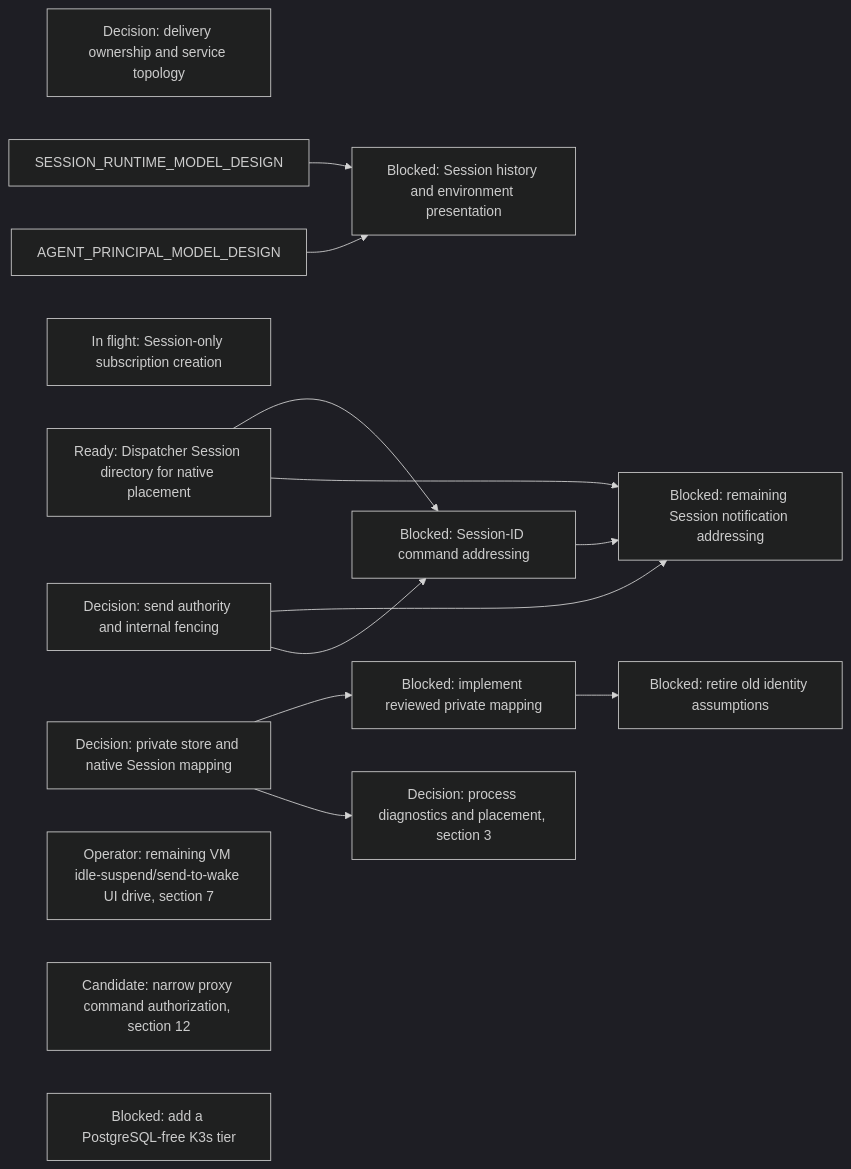
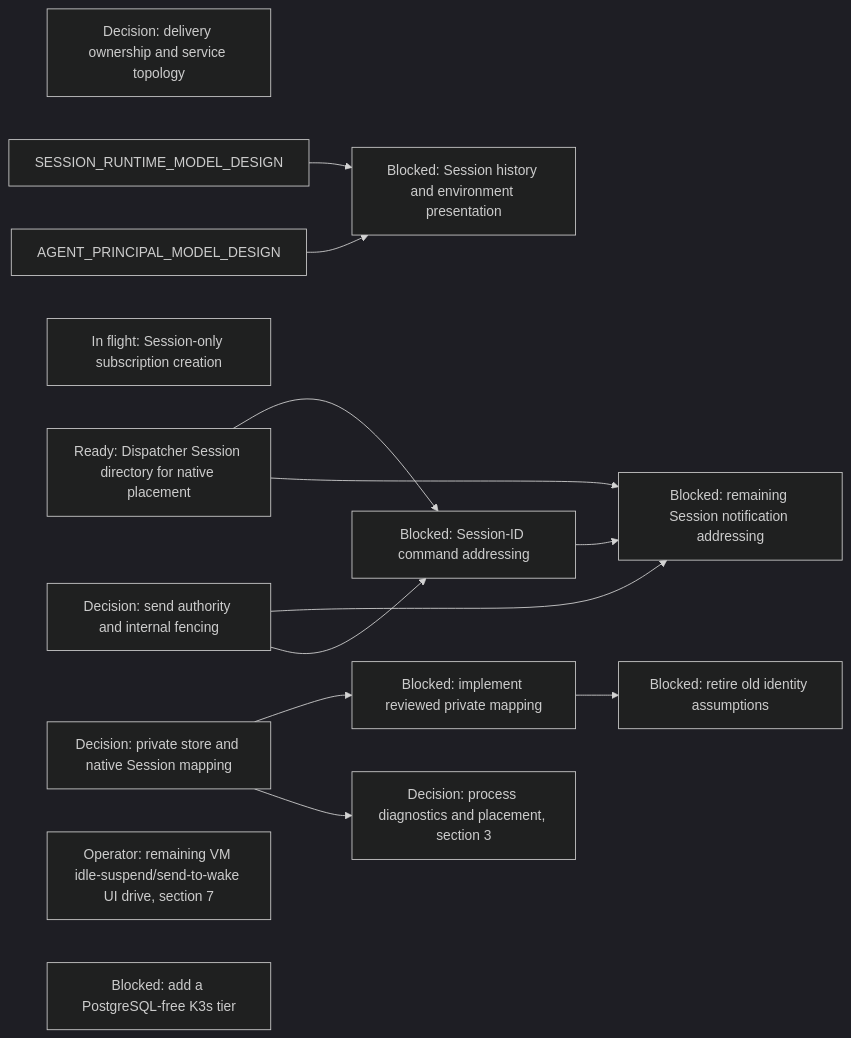
Diagram 14 of 17 in agentplane/plans/task_dag.md (agentydragon/ducktape), drawn with Mermaid (dark theme) before and after one commit. The commit also changed other lines of this file and 26 other files, not shown here.

````diff
--- a/agentplane/plans/task_dag.md
+++ b/agentplane/plans/task_dag.md
@@ -2050,27 +2031,26 @@
 ```mermaid
 flowchart LR
     DISPATCHER_PERSISTENCE_MODEL_DESIGN[Decision: delivery ownership and service topology]
     SESSION_DIRECTORY_NATIVE[Ready: Dispatcher Session directory for native placement]
     DELIVERY_DESTINATION_AUTHORITY_DESIGN[Decision: send authority and internal fencing]
     DELIVERY_DESTINATION_CONTRACT[Blocked: Session-ID command addressing]
     SESSION_SUBSCRIPTION_ADDRESS[In flight: Session-only subscription creation]
     SESSION_NOTIFICATION_ADDRESS[Blocked: remaining Session notification addressing]
     SESSION_HISTORY_PRESENTATION[Blocked: Session history and environment presentation]
     SESSION_DIRECTORY_NATIVE --> DELIVERY_DESTINATION_CONTRACT
     SESSION_DIRECTORY_NATIVE --> SESSION_NOTIFICATION_ADDRESS
     DELIVERY_DESTINATION_AUTHORITY_DESIGN --> SESSION_NOTIFICATION_ADDRESS
     DELIVERY_DESTINATION_CONTRACT --> SESSION_NOTIFICATION_ADDRESS
     SESSION_RUNTIME_MODEL_DESIGN --> SESSION_HISTORY_PRESENTATION
     AGENT_PRINCIPAL_MODEL_DESIGN --> SESSION_HISTORY_PRESENTATION
     HARNESS_IDENTITY_DESIGN[Decision: private store and native Session mapping]
     RUNNER_STORE_SESSION_IDENTITY[Blocked: implement reviewed private mapping]
     RUNNER_IDENTITY_LEGACY_CLEANUP[Blocked: retire old identity assumptions]
     IDLE_SUSPEND_UI_DRIVE[Operator: remaining VM idle-suspend/send-to-wake UI drive, section 7]
-    PROXY_START_METHODS_DISPATCHER_ONLY[Candidate: narrow proxy command authorization, section 12]
     RUNNER_HARNESS_OBJECTS_DESIGN[Decision: process diagnostics and placement, section 3]
     CNPG_FREE_K3S_INTEGRATION_TIER[Blocked: add a PostgreSQL-free K3s tier]
     DELIVERY_DESTINATION_AUTHORITY_DESIGN --> DELIVERY_DESTINATION_CONTRACT
     RUNNER_STORE_SESSION_IDENTITY --> RUNNER_IDENTITY_LEGACY_CLEANUP
     HARNESS_IDENTITY_DESIGN --> RUNNER_STORE_SESSION_IDENTITY
     HARNESS_IDENTITY_DESIGN --> RUNNER_HARNESS_OBJECTS_DESIGN
 ```
````
